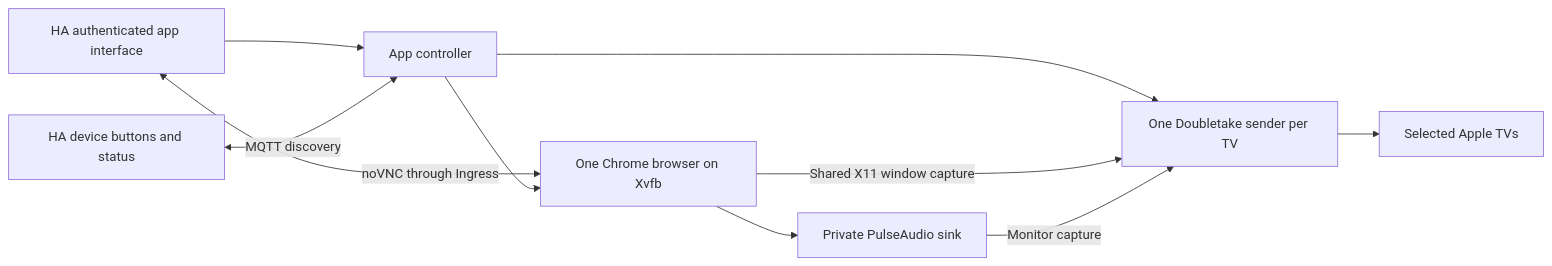
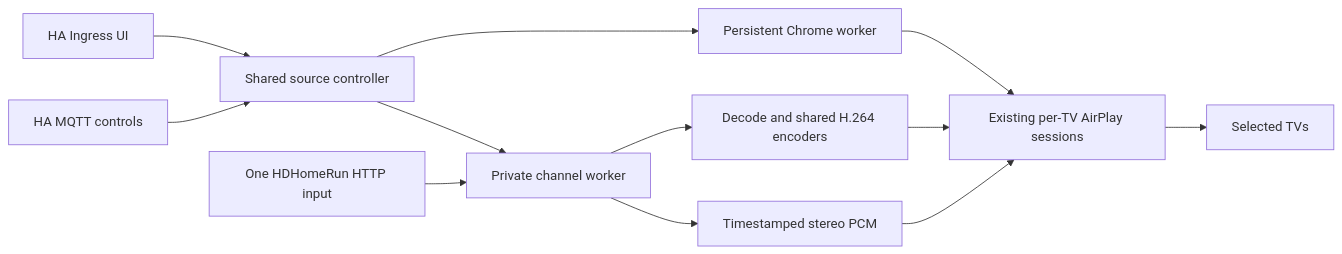
One commit to jtorrap/doubletake changed the diagram in app/PLAN.md. Above: the diagram before and after it, drawn with Mermaid. The commit also changed other lines of this file and 6 other files, not shown here.

Commit message:
Cancel pending channel launches on Stop and finish channel status UI

````diff
--- a/app/PLAN.md
+++ b/app/PLAN.md
@@ -22,12 +20,14 @@
 ```mermaid
 flowchart LR
-  UI[HA authenticated app interface] --> API[App controller]
-  UI <-->|noVNC through Ingress| Browser[One Chrome browser on Xvfb]
-  API --> Browser
-  API --> Senders[One Doubletake sender per TV]
-  Browser -->|Shared X11 window capture| Senders
-  Browser --> Audio[Private PulseAudio sink]
-  Audio -->|Monitor capture| Senders
-  Senders --> TVs[Selected Apple TVs]
-  HA[HA device buttons and status] <-->|MQTT discovery| API
+  UI[HA Ingress UI] --> Controller[Shared source controller]
+  HA[HA MQTT controls] --> Controller
+  Controller --> Browser[Persistent Chrome worker]
+  Controller --> Media[Private channel worker]
+  HDHR[One HDHomeRun HTTP input] --> Media
+  Media --> Video[Decode and shared H.264 encoders]
+  Media --> Audio[Timestamped stereo PCM]
+  Video --> Senders[Existing per-TV AirPlay sessions]
+  Audio --> Senders
+  Browser --> Senders
+  Senders --> TVs[Selected TVs]
 ```
````
